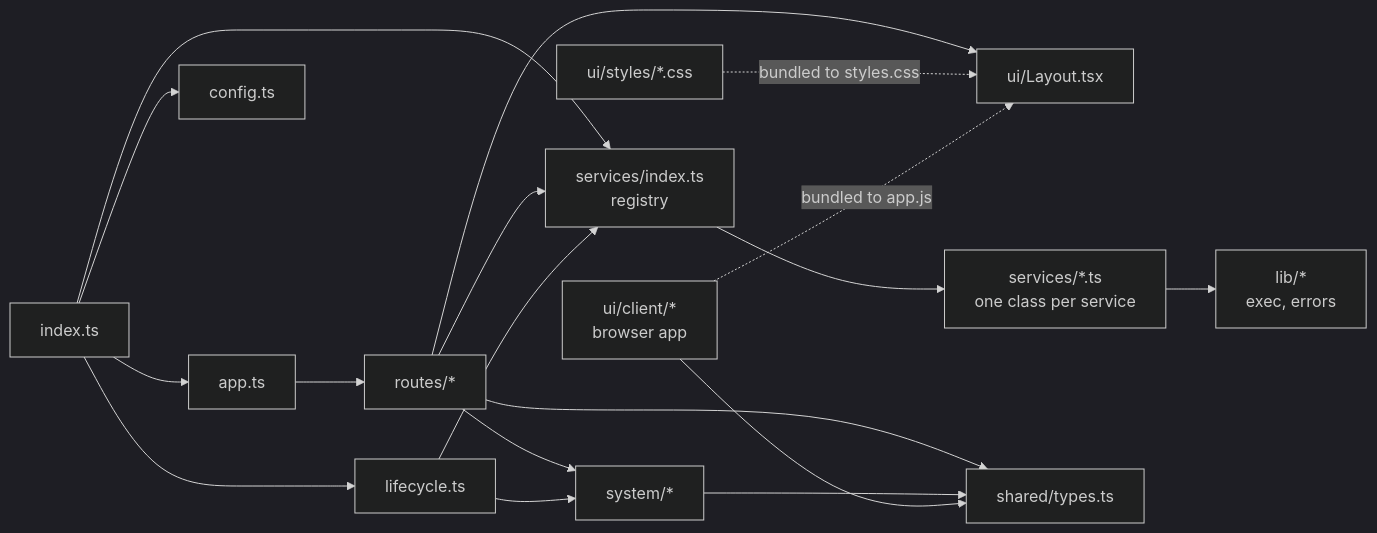
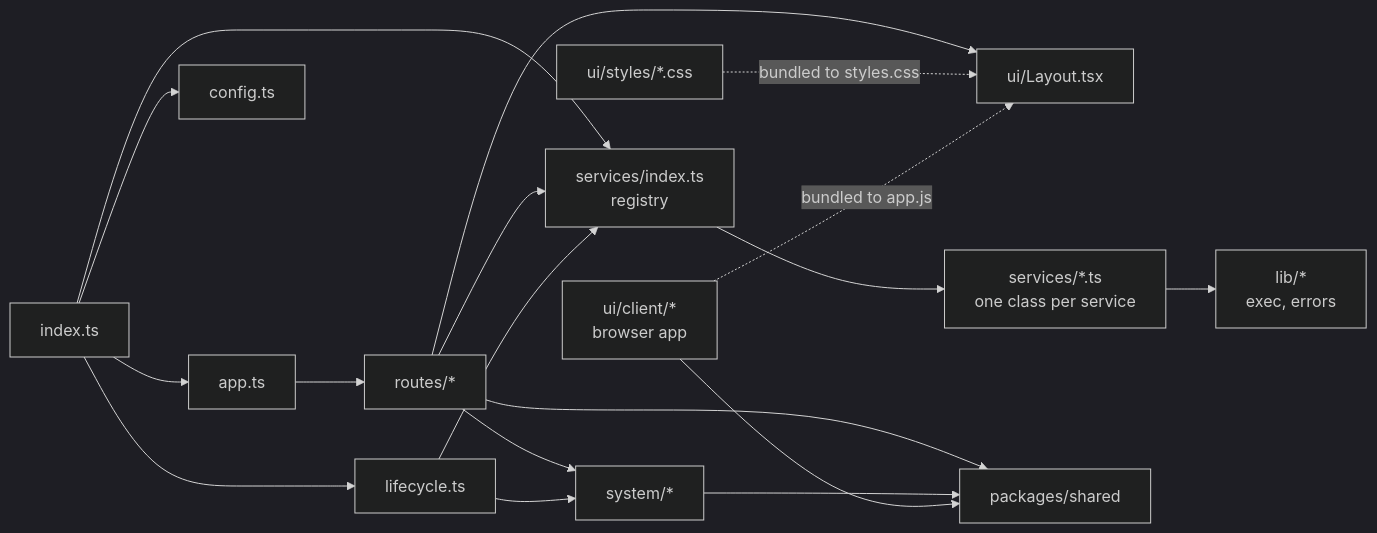
Before and after one commit to amirhmp/gh-panel: the second of 5 diagrams in README.md, drawn with Mermaid (dark theme). The commit also changed other lines of this file and 104 other files, not shown here.

````diff
--- a/README.md
+++ b/README.md
@@ -125,20 +161,20 @@
 ```mermaid
 flowchart LR
   index["index.ts"] --> app["app.ts"]
   index --> lifecycle["lifecycle.ts"]
   index --> config["config.ts"]
   index --> servicesReg["services/index.ts<br/>registry"]
   app --> routes["routes/*"]
   routes --> servicesReg
   routes --> system["system/*"]
   routes --> layout["ui/Layout.tsx"]
   lifecycle --> servicesReg
   lifecycle --> system
   servicesReg --> impls["services/*.ts<br/>one class per service"]
   impls --> lib["lib/*<br/>exec, errors"]
-  routes --> shared["shared/types.ts"]
+  routes --> shared["packages/shared"]
   system --> shared
   client["ui/client/*<br/>browser app"] --> shared
   styles["ui/styles/*.css"] -.->|"bundled to styles.css"| layout
   client -.->|"bundled to app.js"| layout
 ```
````
